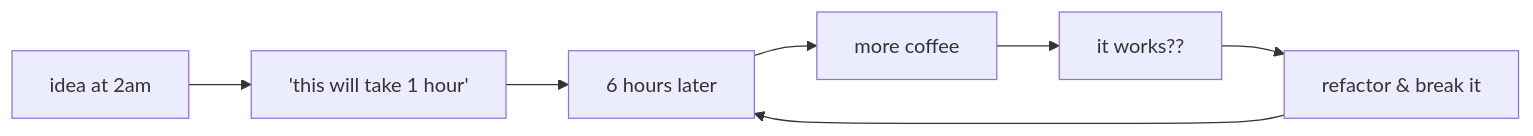
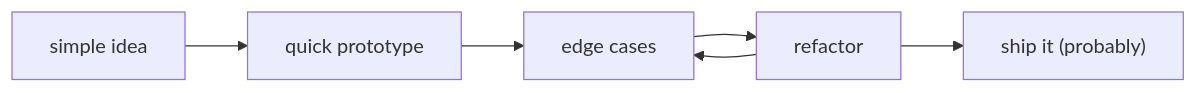
One commit to Ryanakml/Ryanakml changed the diagram in README.md. Above: the diagram before and after it, drawn with Mermaid. The commit also changed other lines of this file and 47 other files, not shown here.

````diff
--- a/README.md
+++ b/README.md
@@ -40,9 +51,8 @@
 ```mermaid
 graph LR
-    A["idea at 2am"] --> B["'this will take 1 hour'"]
-    B --> C["6 hours later"]
-    C --> D["more coffee"]
-    D --> E["it works??"]
-    E --> F["refactor & break it"]
-    F --> C
+    A["simple idea"] --> B["quick prototype"]
+    B --> C["edge cases"]
+    C --> D["refactor"]
+    D --> C
+    D --> E["ship it (probably)"]
 ```
````
